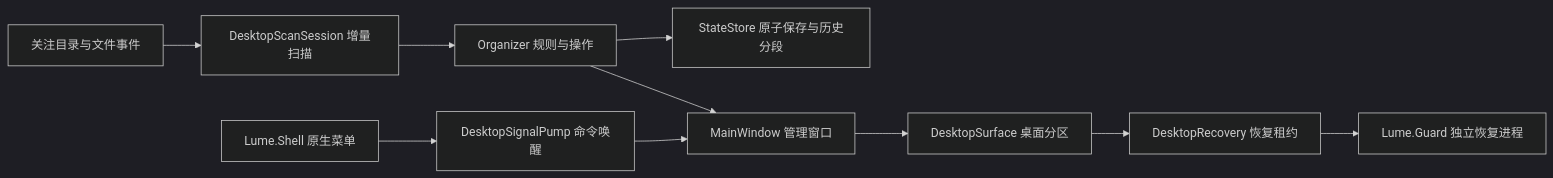
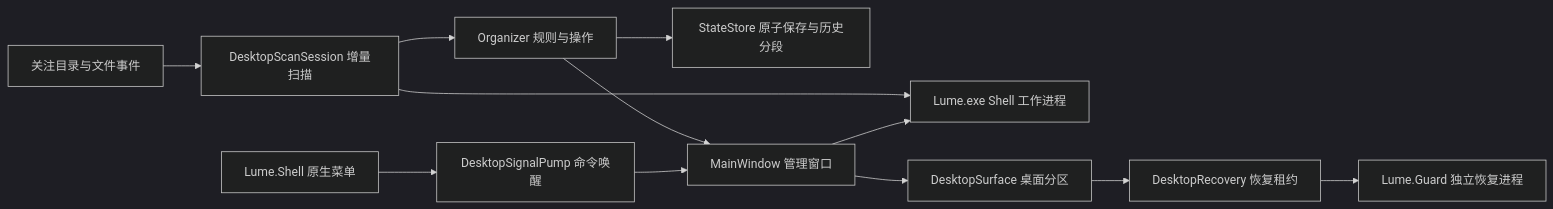
Before and after one commit to 963072676/Lume: the diagram in docs/架构与贡献任务.md, drawn with Mermaid (dark theme). The commit also changed other lines of this file and 31 other files, not shown here.

````diff
--- a/docs/架构与贡献任务.md
+++ b/docs/架构与贡献任务.md
@@ -3,12 +3,14 @@
 ```mermaid
 flowchart LR
     Files[关注目录与文件事件] --> Scan[DesktopScanSession 增量扫描]
     Scan --> Organizer[Organizer 规则与操作]
+    Scan --> Worker[Lume.exe Shell 工作进程]
     Organizer --> State[StateStore 原子保存与历史分段]
     Organizer --> UI[MainWindow 管理窗口]
     UI --> Desktop[DesktopSurface 桌面分区]
+    UI --> Worker
     Shell[Lume.Shell 原生菜单] --> Signals[DesktopSignalPump 命令唤醒]
     Signals --> UI
     Desktop --> Recovery[DesktopRecovery 恢复租约]
     Recovery --> Guard[Lume.Guard 独立恢复进程]
 ```
````
